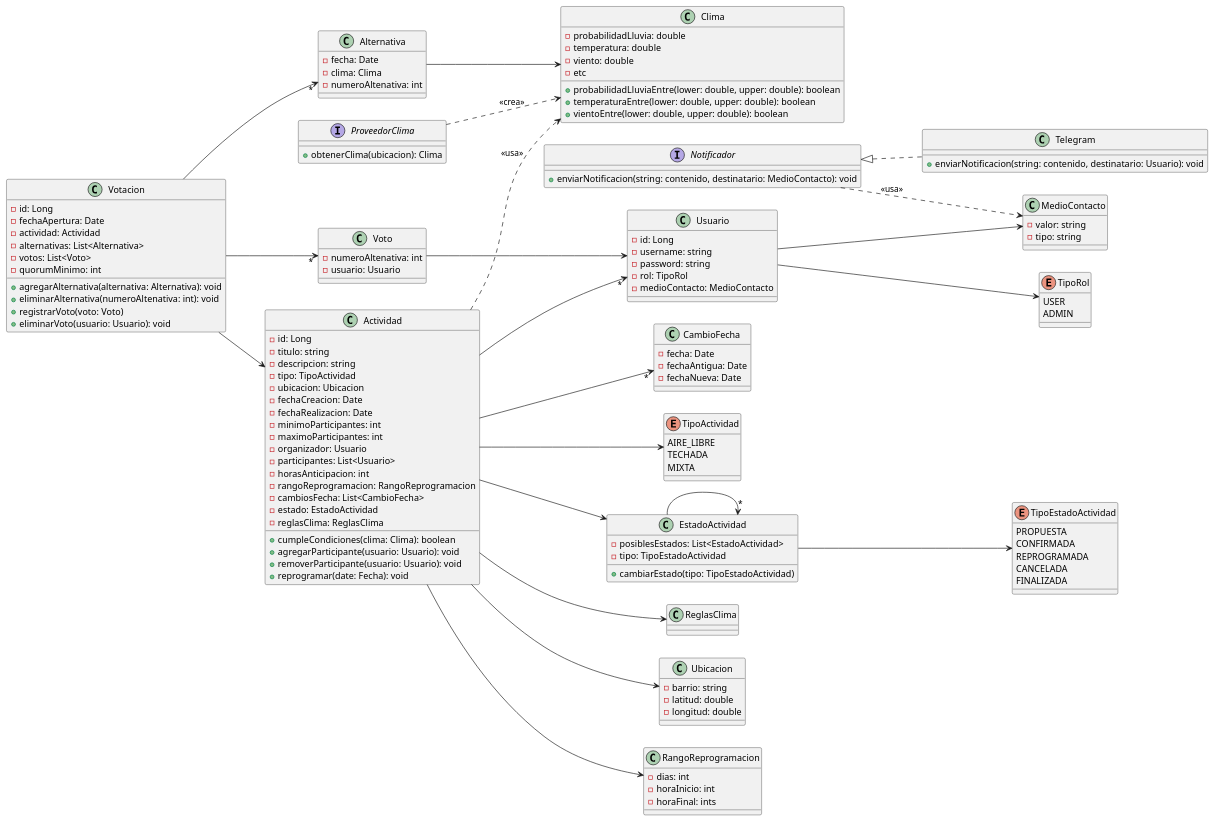
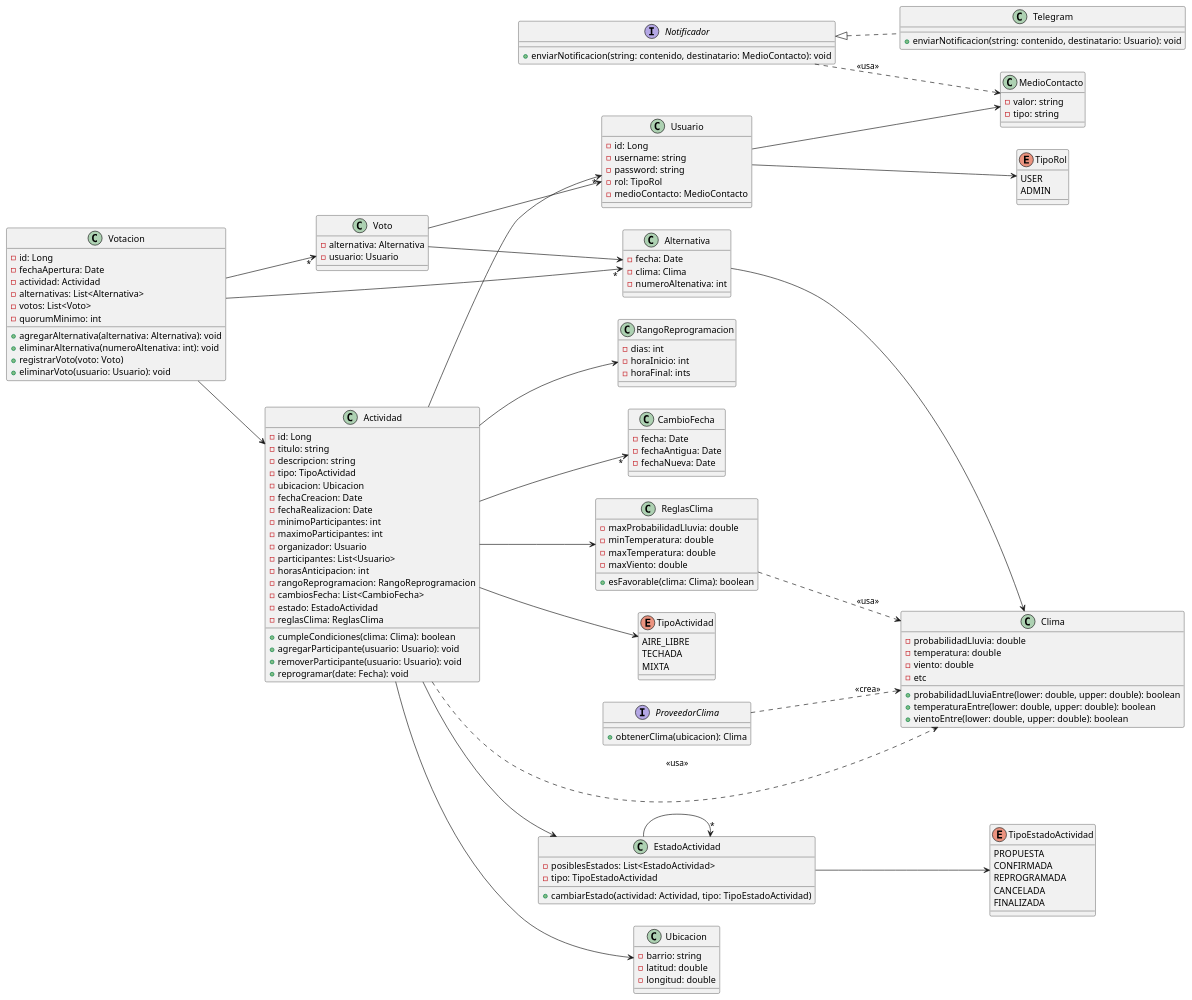
Before and after one commit to LucasHerdegen/tacs-tp-2026-2c: the diagram in diagramas/class-diagram.puml, drawn with PlantUML.

Commit message:
update: class diagram

```diff
--- a/diagramas/class-diagram.puml
+++ b/diagramas/class-diagram.puml
@@ -1,178 +1,185 @@
 @startuml class
 left to right direction
 
 class Usuario
 {
     - id: Long
     - username: string
     - password: string
     - rol: TipoRol
     - medioContacto: MedioContacto
 }
 
 Usuario --> TipoRol
 Usuario --> MedioContacto
 
 enum TipoRol
 {
     USER
     ADMIN
 }
 
 class MedioContacto
 {
     - valor: string
     - tipo: string
 }
 
 class Actividad
 {
     - id: Long
     - titulo: string
     - descripcion: string
     - tipo: TipoActividad
     - ubicacion: Ubicacion
     - fechaCreacion: Date
     - fechaRealizacion: Date
     - minimoParticipantes: int
     - maximoParticipantes: int
     - organizador: Usuario
     - participantes: List<Usuario>
     - horasAnticipacion: int
     - rangoReprogramacion: RangoReprogramacion
     - cambiosFecha: List<CambioFecha>
     - estado: EstadoActividad
     - reglasClima: ReglasClima
     + cumpleCondiciones(clima: Clima): boolean
     + agregarParticipante(usuario: Usuario): void
     + removerParticipante(usuario: Usuario): void
     + reprogramar(date: Fecha): void
 }
 
 Actividad --> TipoActividad
 Actividad..> Clima : "<<usa>>"
 Actividad --> Ubicacion
 Actividad -->"*" Usuario
 Actividad --> RangoReprogramacion
 Actividad -->"*" CambioFecha
 Actividad --> EstadoActividad
 Actividad --> ReglasClima
 
 enum TipoActividad
 {
     AIRE_LIBRE
     TECHADA
     MIXTA
 }
 
 class ReglasClima
 {
+    - maxProbabilidadLluvia: double
+    - minTemperatura: double
+    - maxTemperatura: double
+    - maxViento: double
+    + esFavorable(clima: Clima): boolean
+}
 
-}
+ReglasClima ..> Clima : "<<usa>>"
 
 interface ProveedorClima
 {
     + obtenerClima(ubicacion): Clima
 }
 
 ProveedorClima ..> Clima : "<<crea>>"
 
 class Clima
 {
     - probabilidadLluvia: double
     - temperatura: double
     - viento: double
     - etc
     + probabilidadLluviaEntre(lower: double, upper: double): boolean
     + temperaturaEntre(lower: double, upper: double): boolean
     + vientoEntre(lower: double, upper: double): boolean
 }
 
 class Ubicacion
 {
     - barrio: string
     - latitud: double
     - longitud: double
 }
 
 class RangoReprogramacion
 {
     - dias: int
     - horaInicio: int
     - horaFinal: ints
 }
 
 interface Notificador
 {
     + enviarNotificacion(string: contenido, destinatario: MedioContacto): void
 }
 
 Notificador ..> MedioContacto : "<<usa>>"
 
 class Telegram implements Notificador
 {
     + enviarNotificacion(string: contenido, destinatario: Usuario): void
 }
 
 class Votacion
 {
     - id: Long
     - fechaApertura: Date
     - actividad: Actividad
     - alternativas: List<Alternativa>
     - votos: List<Voto>
     - quorumMinimo: int
     + agregarAlternativa(alternativa: Alternativa): void
     + eliminarAlternativa(numeroAltenativa: int): void
     + registrarVoto(voto: Voto)
     + eliminarVoto(usuario: Usuario): void
 }
 
 Votacion -->"*" Alternativa
 Votacion -->"*" Voto
 Votacion --> Actividad
 
 class Alternativa
 {
     - fecha: Date
     - clima: Clima
     - numeroAltenativa: int
 }
 
 Alternativa--> Clima
 
 class Voto
 {
-    - numeroAltenativa: int
+    - alternativa: Alternativa
     - usuario: Usuario
 }
 
 Voto --> Usuario
+Voto --> Alternativa
 
 class CambioFecha
 {
     - fecha: Date
     - fechaAntigua: Date
     - fechaNueva: Date
 }
 
 class EstadoActividad
 {
     - posiblesEstados: List<EstadoActividad>
     - tipo: TipoEstadoActividad
-    + cambiarEstado(tipo: TipoEstadoActividad)
+    + cambiarEstado(actividad: Actividad, tipo: TipoEstadoActividad)
 }
 
 EstadoActividad -->"*" EstadoActividad
 EstadoActividad --> TipoEstadoActividad
 
 enum TipoEstadoActividad
 {
     PROPUESTA
     CONFIRMADA
     REPROGRAMADA
     CANCELADA
     FINALIZADA
 }
 
 @enduml
```
